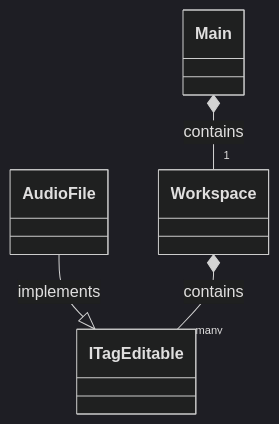
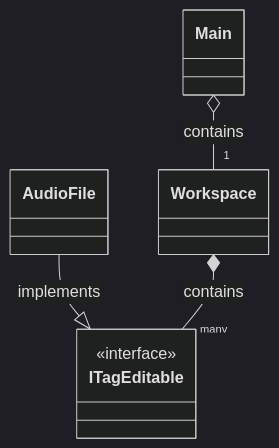
One commit to RadekMocek/ALG2-Semestral changed the first of 2 diagrams in README.MD. Above: the diagram before and after it, drawn with Mermaid (dark theme). The commit also changed other lines of this file and 4 other files, not shown here.

````diff
--- a/README.MD
+++ b/README.MD
@@ -47,11 +49,13 @@
 ```mermaid
 classDiagram
     class ITagEditable
     class AudioFile
     class Workspace
     class Main
 
+    <<interface>> ITagEditable
+
     AudioFile --|> ITagEditable : implements
-    Workspace *-- "many" ITagEditable : contains    
-    Main *-- "1" Workspace : contains  
+    Workspace *-- "many" ITagEditable : contains
+    Main o-- "1" Workspace : contains
 ```
````
